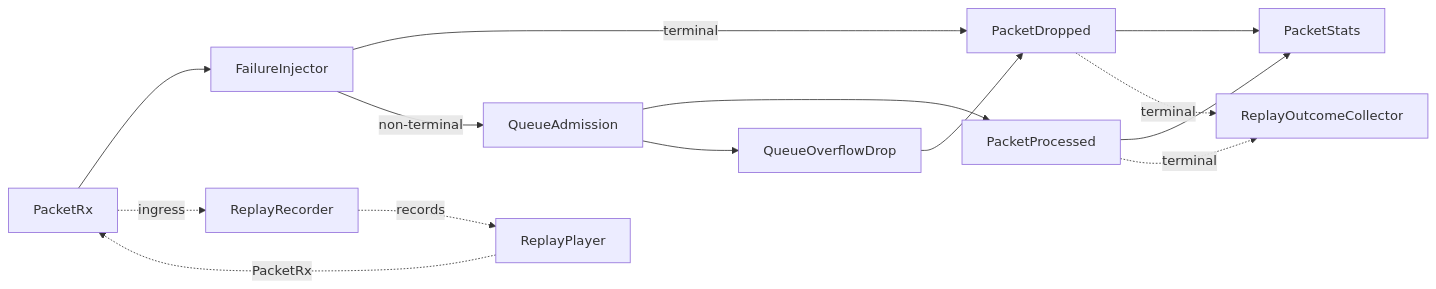
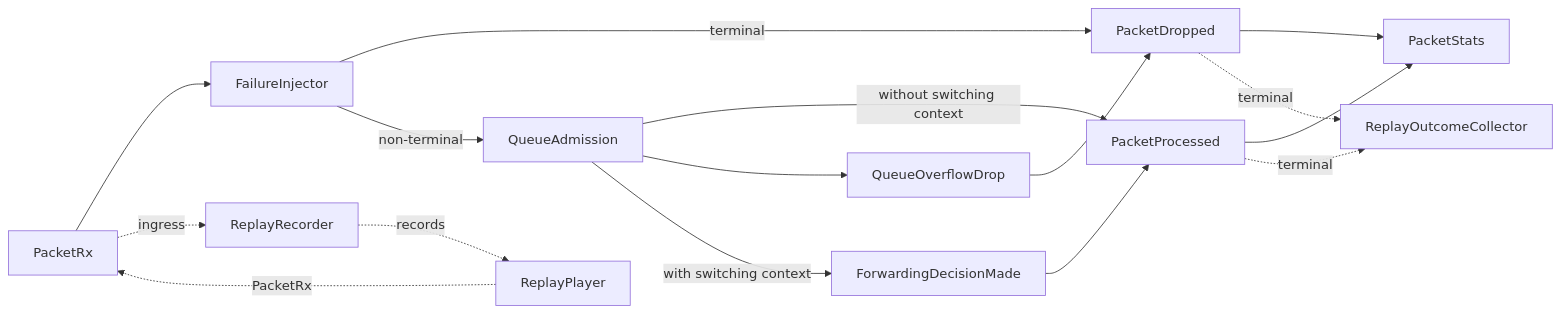
One commit to togunchan/EdgeNetSwitch changed the diagram in docs/runtime_flow.md. Above: the diagram before and after it, drawn with Mermaid. The commit also changed other lines of this file and 6 other files, not shown here.

````diff
--- a/docs/runtime_flow.md
+++ b/docs/runtime_flow.md
@@ -69,22 +71,24 @@
 ```mermaid
 flowchart LR
 
     PacketRx --> FailureInjector
 
     FailureInjector -->|terminal| PacketDropped
     FailureInjector -->|non-terminal| QueueAdmission
 
-    QueueAdmission --> PacketProcessed
+    QueueAdmission -->|without switching context| PacketProcessed
     QueueAdmission --> QueueOverflowDrop
 
     QueueOverflowDrop --> PacketDropped
+    QueueAdmission -->|with switching context| ForwardingDecisionMade
+    ForwardingDecisionMade --> PacketProcessed
 
     PacketProcessed --> PacketStats
     PacketDropped --> PacketStats
 
     PacketRx -. ingress .-> ReplayRecorder
     ReplayRecorder -. records .-> ReplayPlayer
     ReplayPlayer -. PacketRx .-> PacketRx
     PacketProcessed -. terminal .-> ReplayOutcomeCollector
     PacketDropped -. terminal .-> ReplayOutcomeCollector
 ```
````
